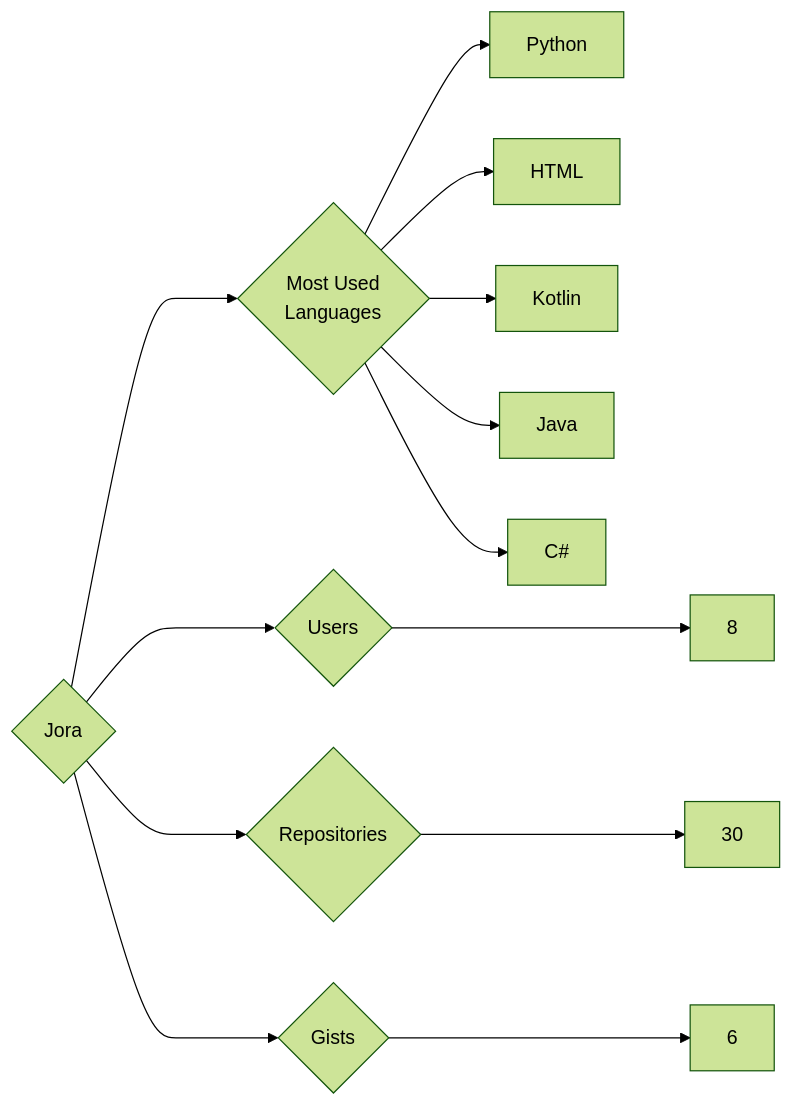
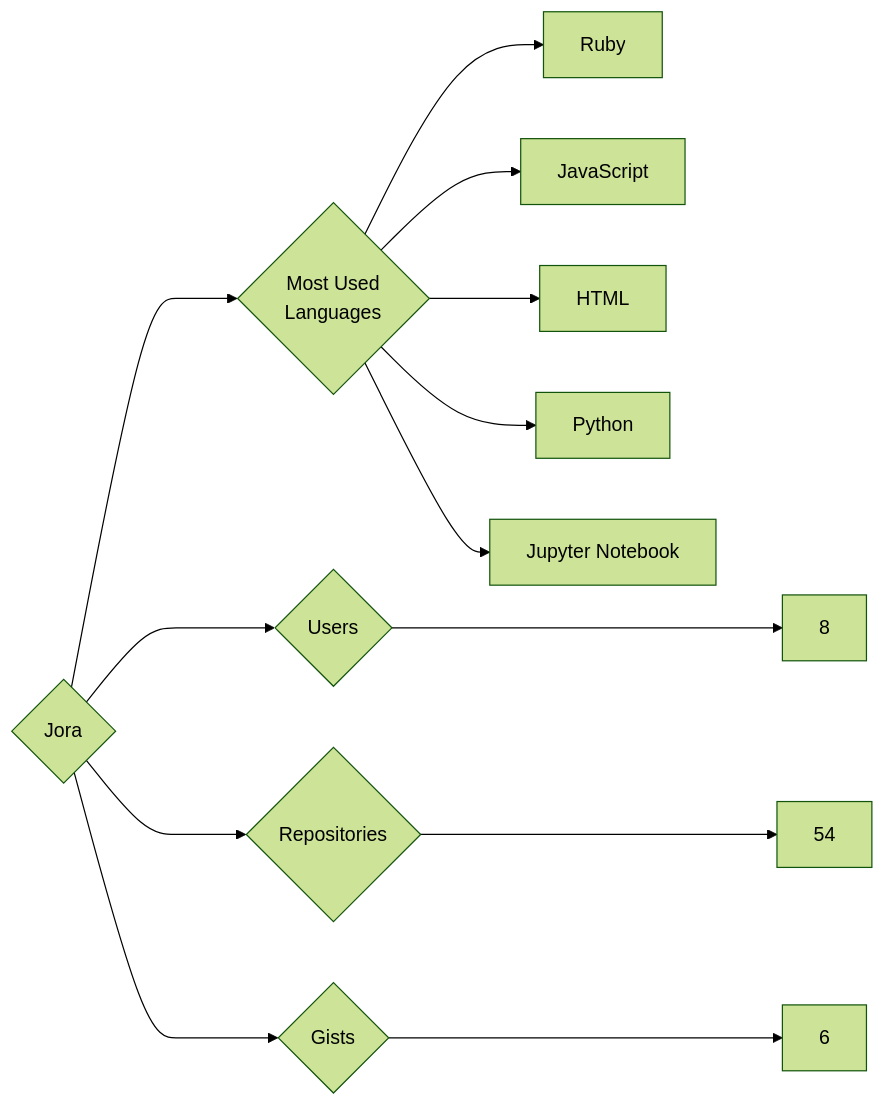
Before and after one commit to trickest/insiders: the diagram in targets/Jora/README.md, drawn with Mermaid (forest theme). The commit also changed 847 other files, not shown here.

````diff
--- a/targets/Jora/README.md
+++ b/targets/Jora/README.md
@@ -3,13 +3,13 @@
 ```mermaid
 graph LR
 COMPANY_NAME{Jora}
 COMPANY_NAME ---> U{Users} ---> UN[8]
-COMPANY_NAME ---> R{Repositories} ---> RN[30]
+COMPANY_NAME ---> R{Repositories} ---> RN[54]
 COMPANY_NAME ---> G{Gists} ---> GN[6]
 COMPANY_NAME ---> ML{Most Used<br>Languages}
+ML --> Ruby[Ruby]
+ML --> JavaScript[JavaScript]
+ML --> HTML[HTML]
 ML --> Python[Python]
-ML --> HTML[HTML]
-ML --> Kotlin[Kotlin]
-ML --> Java[Java]
-ML --> C#[C#]
+ML --> Jupyter_Notebook[Jupyter Notebook]
 ```
````
